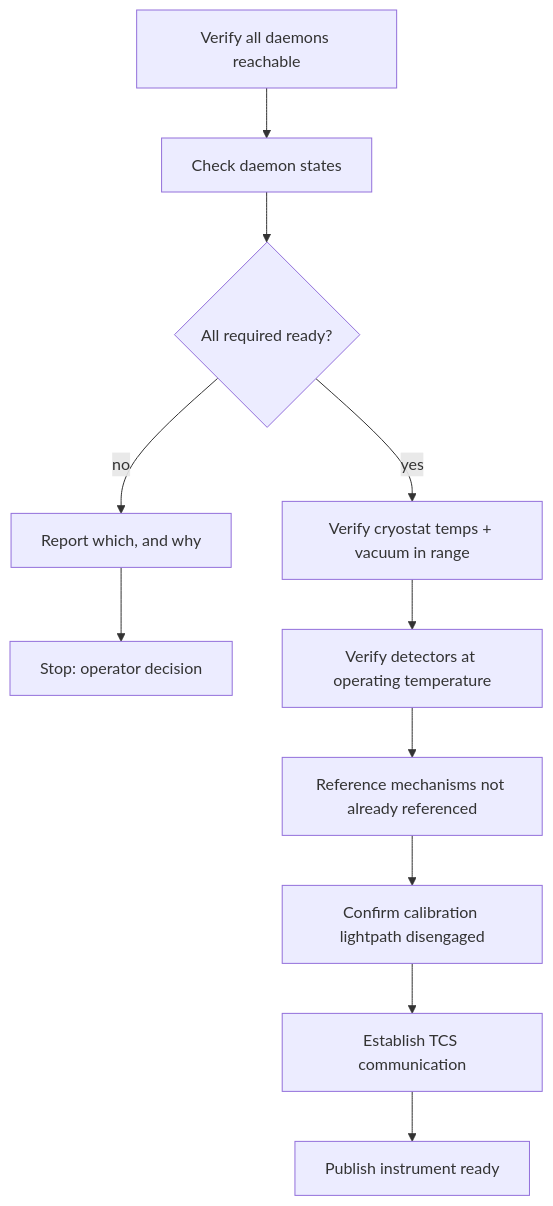
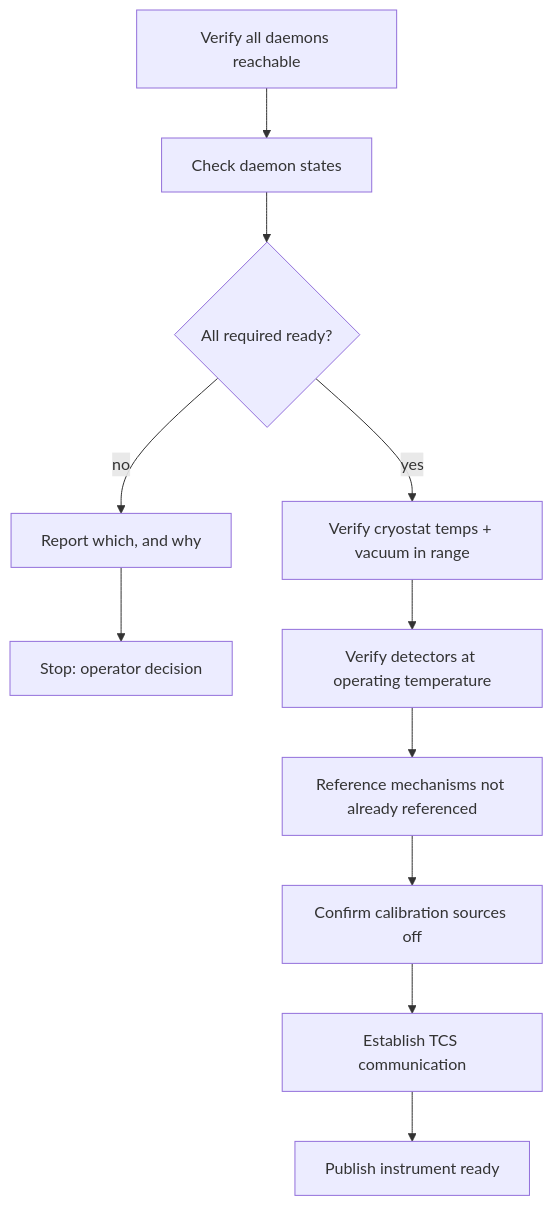
Before and after one commit to CaltechOpticalObservatories/zshooter: the first of 8 diagrams in docs/source/operations/workflows.rst, drawn with Mermaid. The commit also changed other lines of this file and 26 other files, not shown here.

Commit message:
Changes per architectural discussions (#2)

```diff
--- a/docs/source/operations/workflows.rst
+++ b/docs/source/operations/workflows.rst
@@ -14,13 +14,13 @@
 .. mermaid::
 
    flowchart TB
        A["Verify all daemons reachable"] --> B["Check daemon states"]
        B --> C{"All required ready?"}
        C -- no --> D["Report which, and why"]
        D --> Z["Stop: operator decision"]
        C -- yes --> E["Verify cryostat temps + vacuum in range"]
        E --> F["Verify detectors at operating temperature"]
        F --> G["Reference mechanisms not already referenced"]
-       G --> H["Confirm calibration lightpath disengaged"]
+       G --> H["Confirm calibration sources off"]
        H --> I["Establish TCS communication"]
        I --> J["Publish instrument ready"]
```
